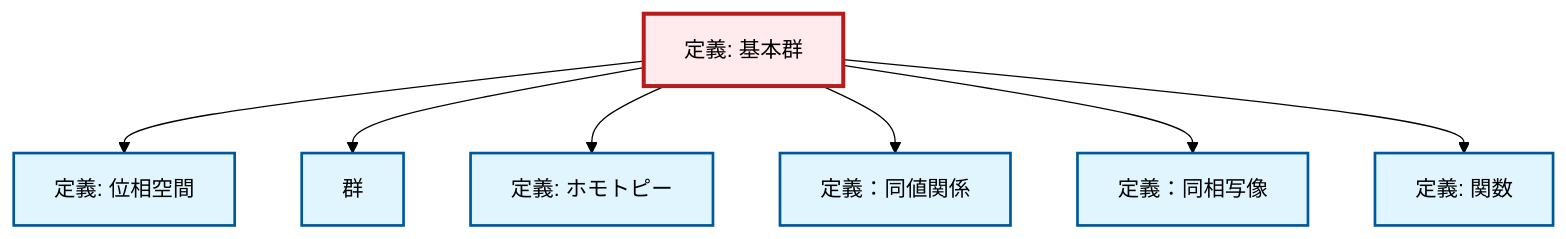
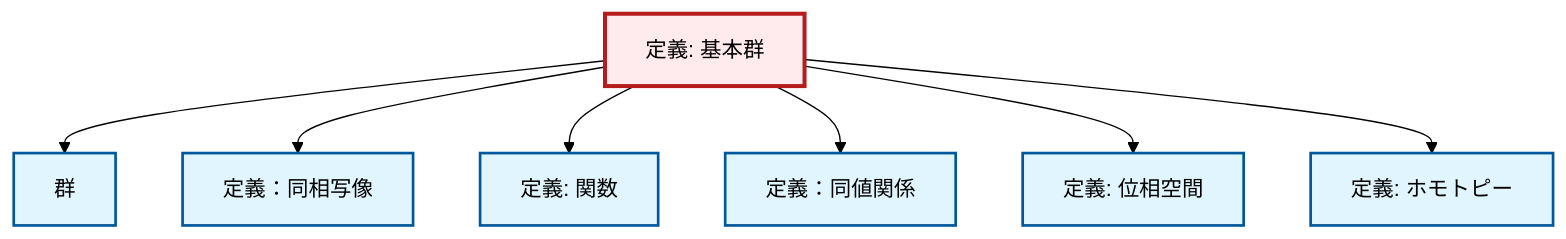
The diagram in content/ja/topology/def-fundamental-group.qmd (RK0429/ModernMath), drawn with Mermaid (forest theme) before and after one commit. The commit also changed other lines of this file and 1012 other files, not shown here.

````diff
--- a/content/ja/topology/def-fundamental-group.qmd
+++ b/content/ja/topology/def-fundamental-group.qmd
@@ -76,29 +77,29 @@
 ```{mermaid}
 %%| fig-cap: "Local dependency graph"
 graph TD
     classDef definition fill:#e1f5fe,stroke:#01579b,stroke-width:2px
     classDef theorem fill:#f3e5f5,stroke:#4a148c,stroke-width:2px
     classDef axiom fill:#fff3e0,stroke:#e65100,stroke-width:2px
     classDef example fill:#e8f5e9,stroke:#1b5e20,stroke-width:2px
     classDef current fill:#ffebee,stroke:#b71c1c,stroke-width:3px
     def-fundamental-group["定義: 基本群"]:::definition
+    def-homotopy["定義: ホモトピー"]:::definition
+    def-homeomorphism["定義：同相写像"]:::definition
+    def-equivalence-relation["定義：同値関係"]:::definition
     def-function["定義: 関数"]:::definition
-    def-homeomorphism["定義：同相写像"]:::definition
-    def-homotopy["定義: ホモトピー"]:::definition
     def-topological-space["定義: 位相空間"]:::definition
-    def-equivalence-relation["定義：同値関係"]:::definition
     def-group["群"]:::definition
-    def-fundamental-group --> def-topological-space
     def-fundamental-group --> def-group
-    def-fundamental-group --> def-homotopy
-    def-fundamental-group --> def-equivalence-relation
     def-fundamental-group --> def-homeomorphism
     def-fundamental-group --> def-function
+    def-fundamental-group --> def-equivalence-relation
+    def-fundamental-group --> def-topological-space
+    def-fundamental-group --> def-homotopy
     class def-fundamental-group current
+    click def-homotopy "def-homotopy.html" "ホモトピーの定義へ"
+    click def-homeomorphism "def-homeomorphism.html" "定義：同相写像へ"
+    click def-equivalence-relation "def-equivalence-relation.html" "定義：同値関係へ"
     click def-function "def-function.html" "関数の定義へ"
-    click def-homeomorphism "def-homeomorphism.html" "定義：同相写像へ"
-    click def-homotopy "def-homotopy.html" "ホモトピーの定義へ"
     click def-topological-space "def-topological-space.html" "位相空間の定義へ"
-    click def-equivalence-relation "def-equivalence-relation.html" "定義：同値関係へ"
     click def-group "def-group.html" "群へ"
 ```
````
